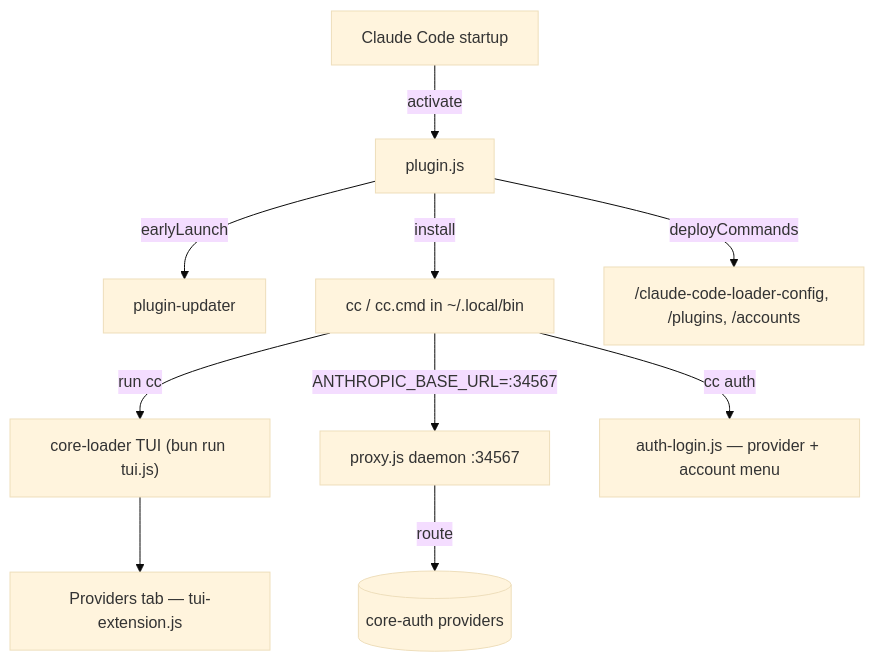
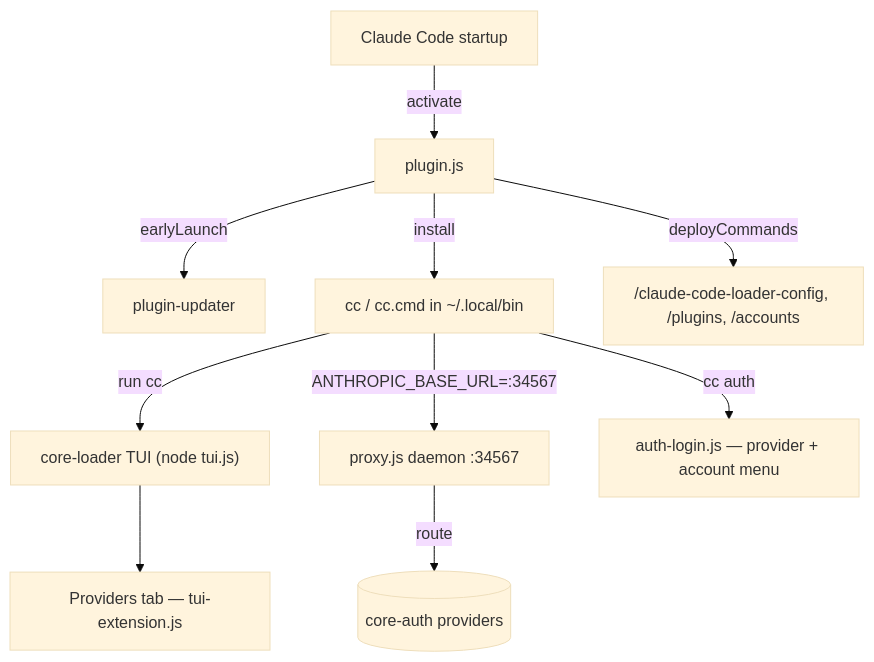
The diagram in README.md (intisy-ai/claude-code-loader), drawn with Mermaid (base theme) before and after one commit. The commit also changed other lines of this file and 1 other file, not shown here.

Commit message:
fix: run the TUI under node (no Bun required); bump core-loader -> 44b9cf2
cc/oc wrappers now launch the TUI + auth flow with `node` instead of `bun run`, and
gate on `node` availability. Combined with core-loader's node:sqlite fallback this
makes the loader work on Windows/machines without Bun ("'bun' is not recognized").

````diff
--- a/README.md
+++ b/README.md
@@ -11,12 +11,12 @@
 ```mermaid
 flowchart TD
     START[Claude Code startup] -->|activate| PLUGIN[plugin.js]
     PLUGIN -->|earlyLaunch| UPDATER[plugin-updater]
     PLUGIN -->|install| CCBIN["cc / cc.cmd in ~/.local/bin"]
     PLUGIN -->|deployCommands| CMDS["/claude-code-loader-config, /plugins, /accounts"]
     DAEMON["proxy.js daemon :34567"] -->|route| PROVIDERS[(core-auth providers)]
-    CCBIN -->|run cc| TUI["core-loader TUI (bun run tui.js)"]
+    CCBIN -->|run cc| TUI["core-loader TUI (node tui.js)"]
     CCBIN -->|"cc auth"| AUTH[auth-login.js — provider + account menu]
     CCBIN -->|"ANTHROPIC_BASE_URL=:34567"| DAEMON
     TUI --> PROV[Providers tab — tui-extension.js]
 ```
````
